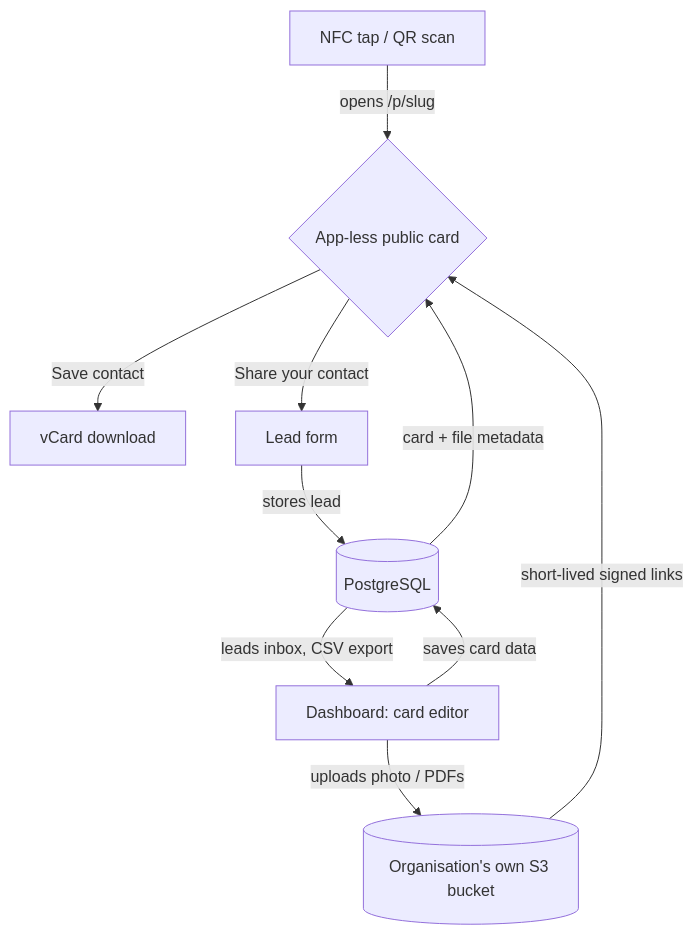
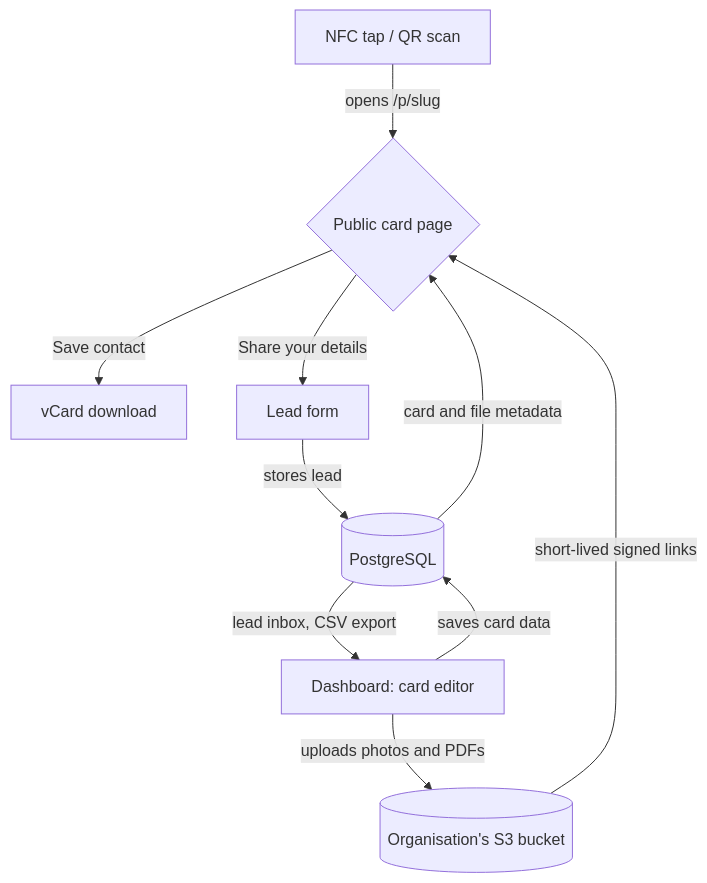
The diagram in README.md (faiz-gh/fronko), drawn with Mermaid before and after one commit. The commit also changed other lines of this file and 7 other files, not shown here.

````diff
--- a/README.md
+++ b/README.md
@@ -29,12 +76,12 @@
 ```mermaid
 graph TD
-    A[NFC tap / QR scan] -->|opens /p/slug| C{App-less public card}
+    A[NFC tap / QR scan] -->|opens /p/slug| C{Public card page}
     E[Dashboard: card editor] -->|saves card data| D[(PostgreSQL)]
-    E -->|uploads photo / PDFs| S[(Organisation's own S3 bucket)]
-    D -->|card + file metadata| C
+    E -->|uploads photos and PDFs| S[(Organisation's S3 bucket)]
+    D -->|card and file metadata| C
     S -->|short-lived signed links| C
     C -->|Save contact| F[vCard download]
-    C -->|Share your contact| G[Lead form]
+    C -->|Share your details| G[Lead form]
     G -->|stores lead| D
-    D -->|leads inbox, CSV export| E
+    D -->|lead inbox, CSV export| E
 ```
````
